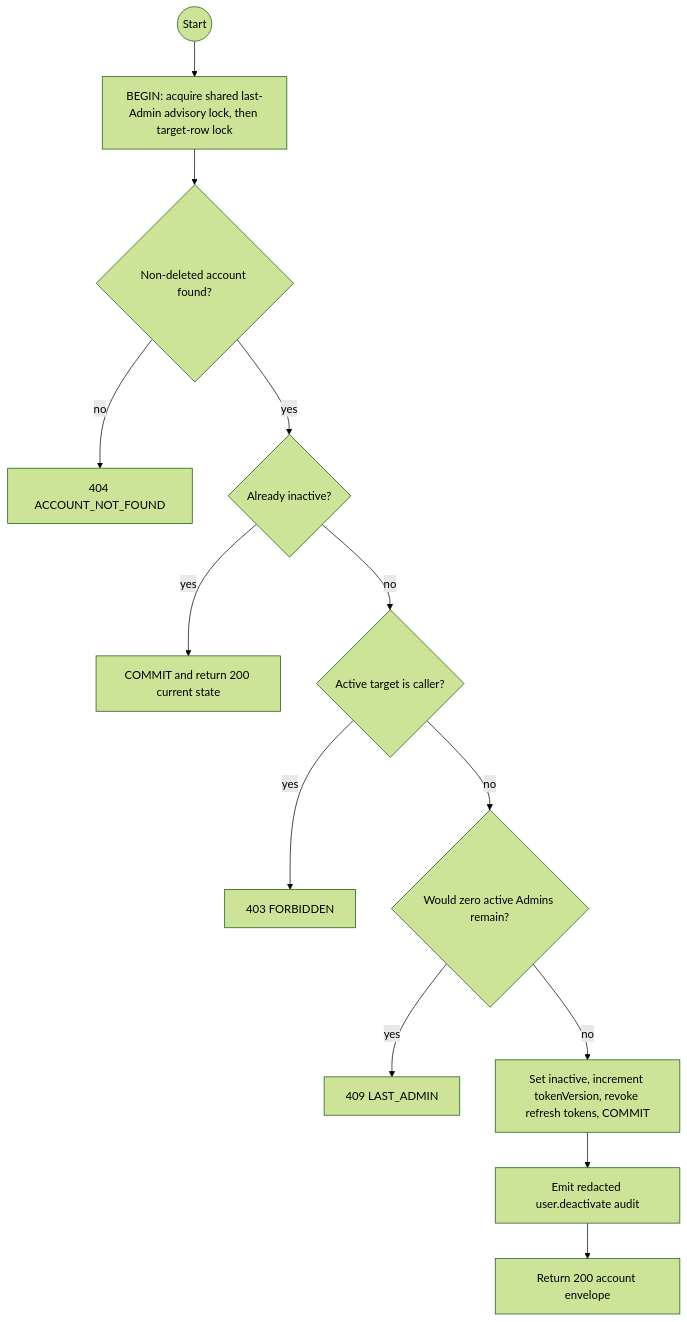
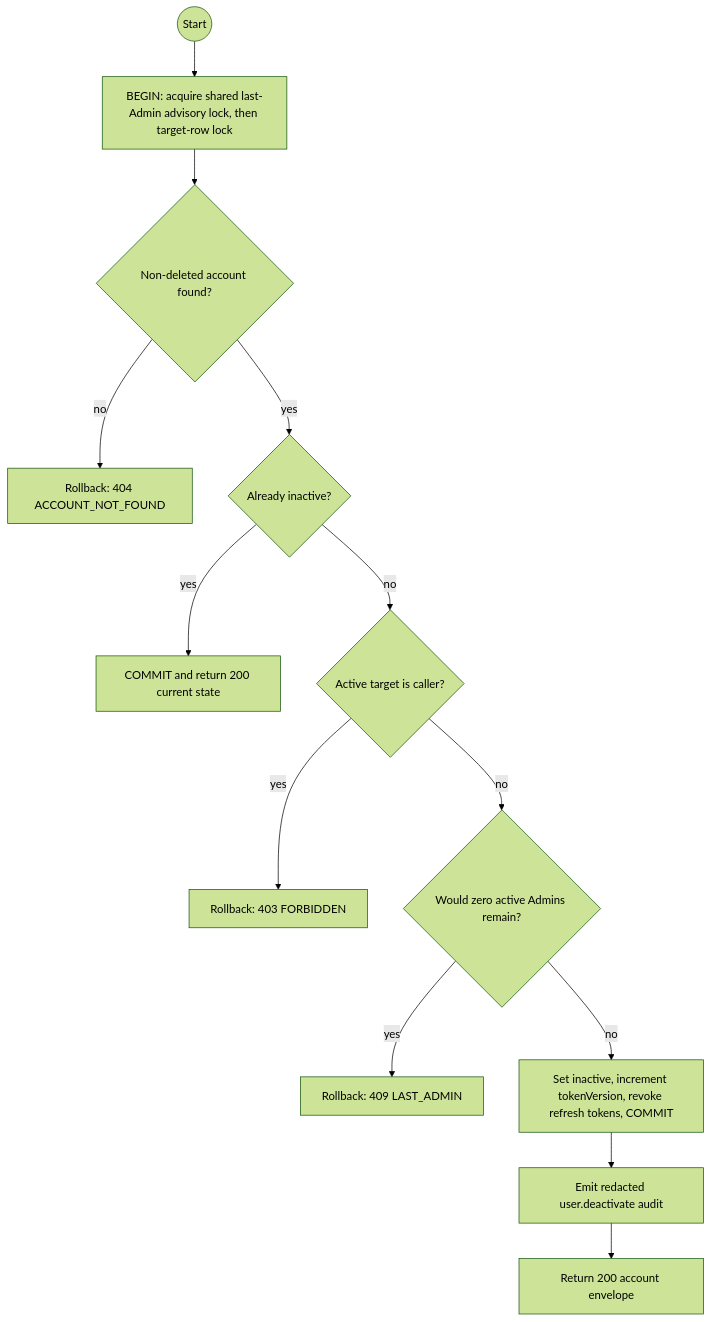
One commit to TrekLink-Team/treklink-web changed the first of 2 diagrams in specs/auth/api-design/20-post-users-deactivate.md. Above: the diagram before and after it, drawn with Mermaid (forest theme). The commit also changed other lines of this file and 3 other files, not shown here.

````diff
--- a/specs/auth/api-design/20-post-users-deactivate.md
+++ b/specs/auth/api-design/20-post-users-deactivate.md
@@ -71,15 +71,15 @@
 ```mermaid
 flowchart TB
     S((Start)) --> T[BEGIN: acquire shared last-Admin advisory lock, then target-row lock]
     T --> F{Non-deleted account found?}
-    F -->|no| E1[404 ACCOUNT_NOT_FOUND]
+    F -->|no| E1[Rollback: 404 ACCOUNT_NOT_FOUND]
     F -->|yes| I{Already inactive?}
     I -->|yes| O1[COMMIT and return 200 current state]
     I -->|no| A{Active target is caller?}
-    A -->|yes| E2[403 FORBIDDEN]
+    A -->|yes| E2[Rollback: 403 FORBIDDEN]
     A -->|no| L{Would zero active Admins remain?}
-    L -->|yes| E3[409 LAST_ADMIN]
+    L -->|yes| E3[Rollback: 409 LAST_ADMIN]
     L -->|no| W[Set inactive, increment tokenVersion, revoke refresh tokens, COMMIT]
     W --> U[Emit redacted user.deactivate audit]
     U --> O2[Return 200 account envelope]
 ```
````
